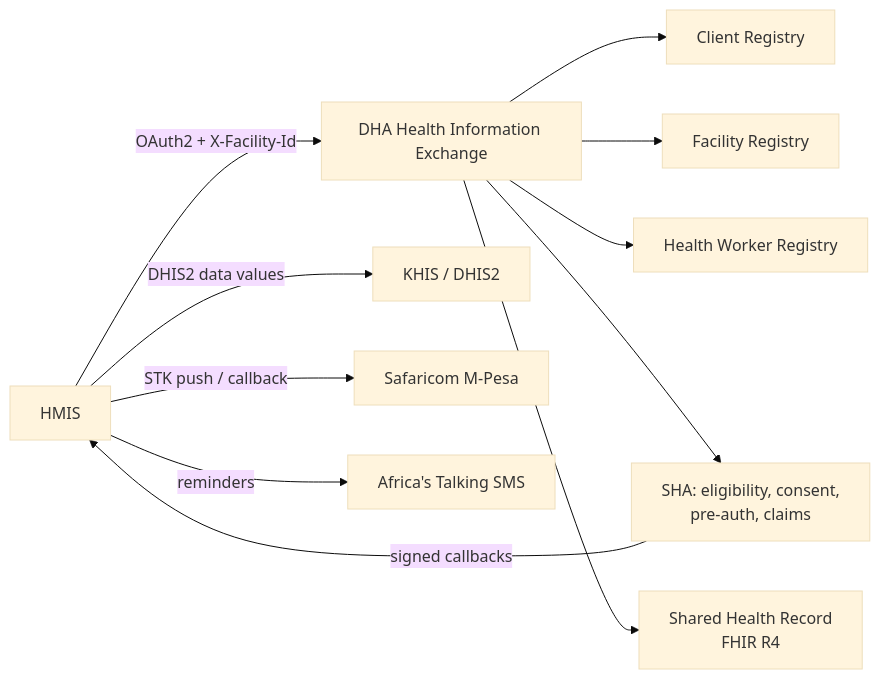
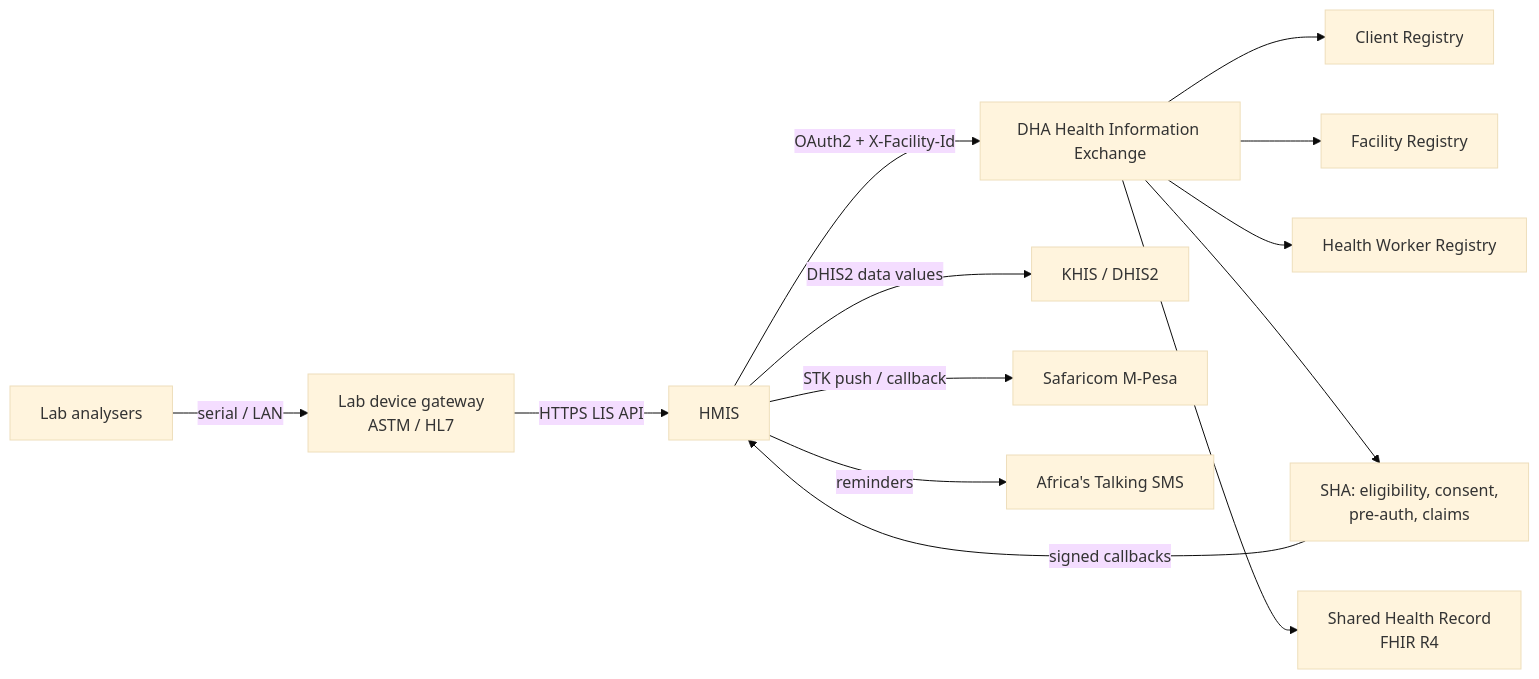
The second of 2 diagrams in docs/system-overview.md (solforbs/hospital_management_information_system), drawn with Mermaid (base theme) before and after one commit. The commit also changed other lines of this file and 45 other files, not shown here.

First line of the commit message:
Laboratory analyser integration: device gateway (ASTM/HL7), LIS API, barcode labels

````diff
--- a/docs/system-overview.md
+++ b/docs/system-overview.md
@@ -41,13 +41,15 @@
 ```mermaid
 flowchart LR
     H[HMIS] -- OAuth2 + X-Facility-Id --> HIE[DHA Health Information Exchange]
     HIE --> CR[Client Registry]
     HIE --> FR[Facility Registry]
     HIE --> HWR[Health Worker Registry]
     HIE --> SHA[SHA: eligibility, consent,<br/>pre-auth, claims]
     HIE --> SHR[Shared Health Record<br/>FHIR R4]
     SHA -- signed callbacks --> H
     H -- DHIS2 data values --> KHIS[KHIS / DHIS2]
     H -- STK push / callback --> MP[Safaricom M-Pesa]
     H -- reminders --> SMS[Africa's Talking SMS]
+    GW[Lab device gateway<br/>ASTM / HL7] -- HTTPS LIS API --> H
+    AN[Lab analysers] -- serial / LAN --> GW
 ```
````
